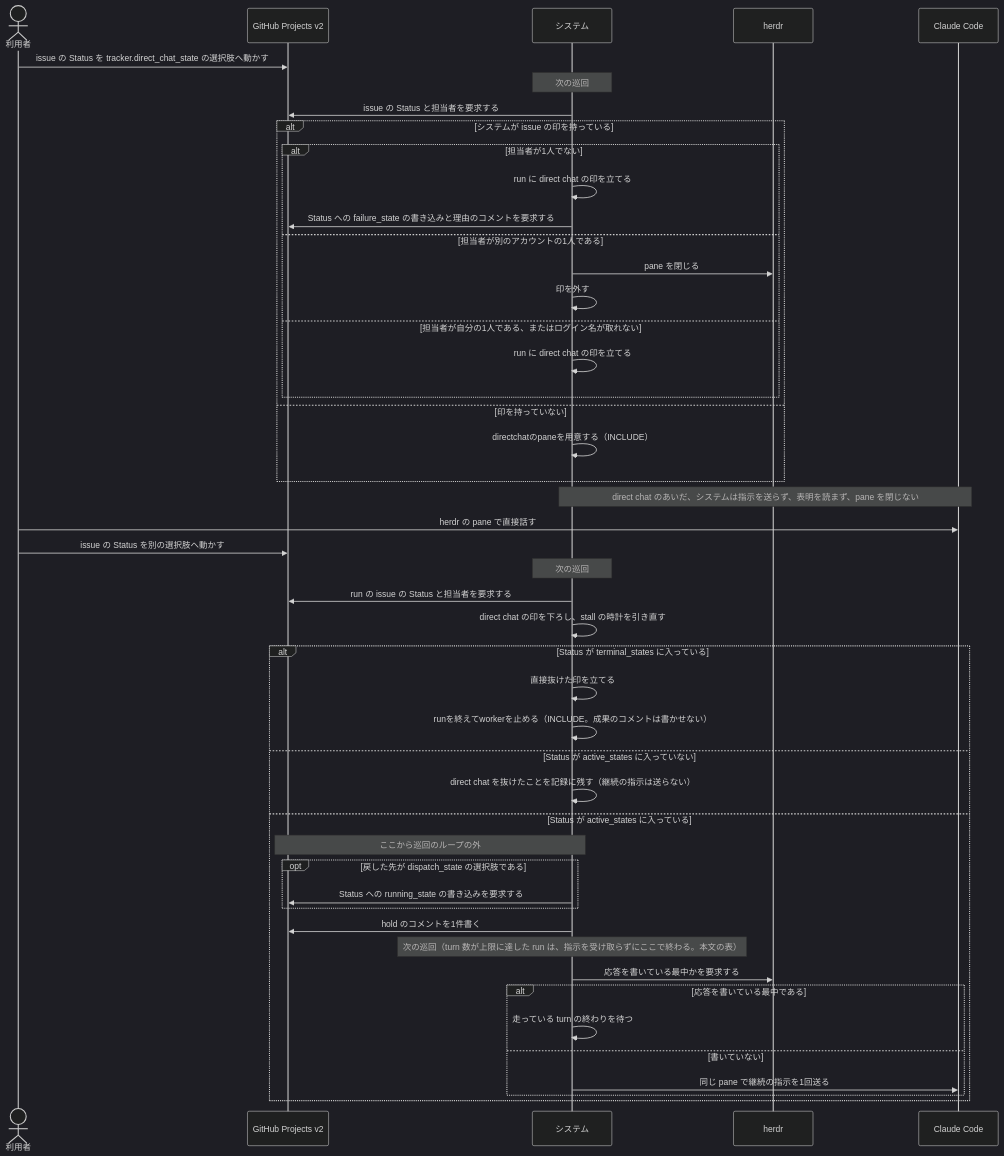
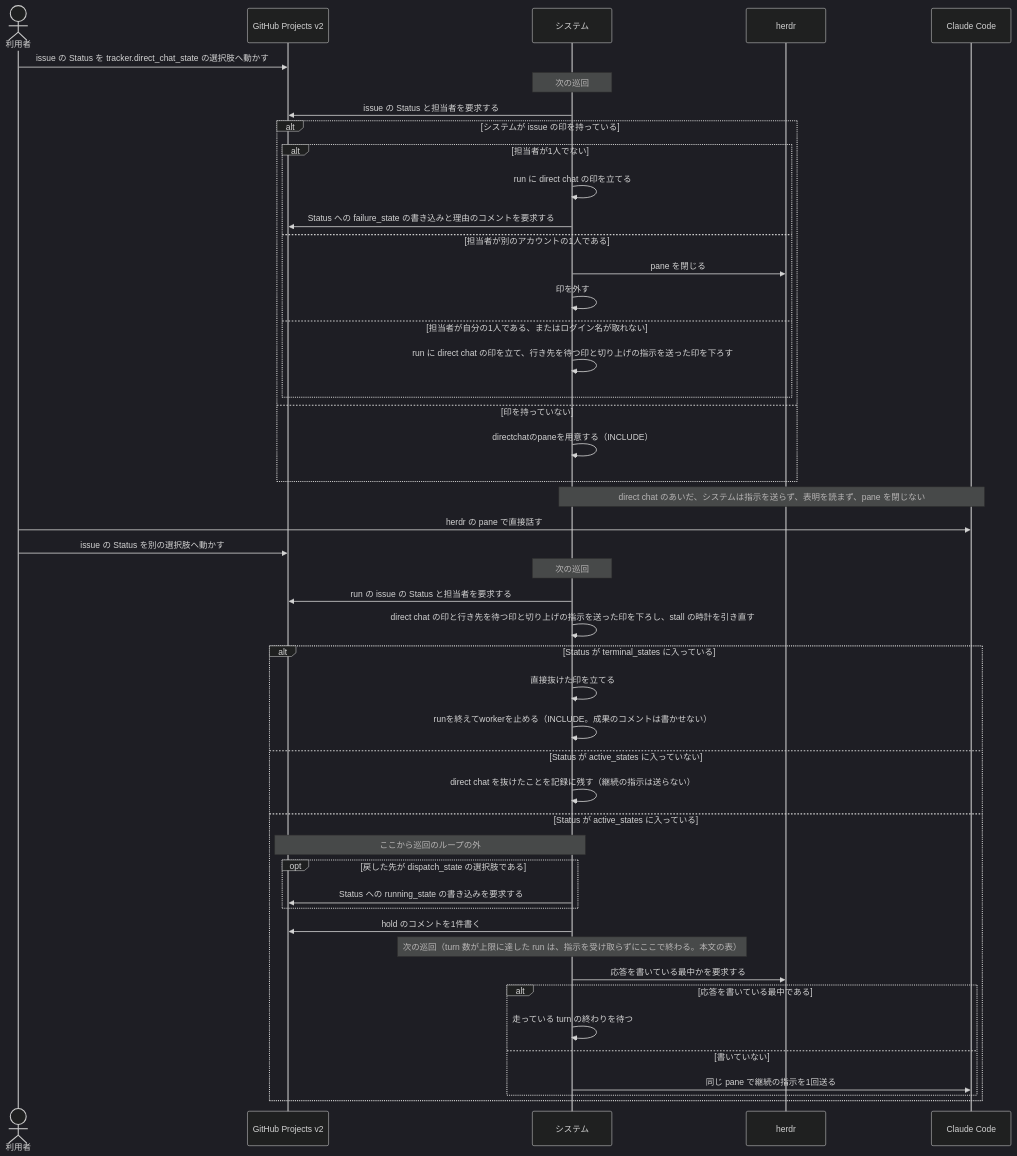
The second of 2 diagrams in docs/spec/usecases/particular_case/人間がpaneに入って直接続ける.rucm.md (maimuzo/continuo), drawn with Mermaid (dark theme) before and after one commit. The commit also changed other lines of this file and 91 other files, not shown here.

````diff
--- a/docs/spec/usecases/particular_case/人間がpaneに入って直接続ける.rucm.md
+++ b/docs/spec/usecases/particular_case/人間がpaneに入って直接続ける.rucm.md
@@ -276,50 +280,50 @@
 ```mermaid
 sequenceDiagram
     actor 利用者
     participant GitHub as GitHub Projects v2
     participant システム
     participant herdr
     participant CC as Claude Code
 
     利用者->>GitHub: issue の Status を tracker.direct_chat_state の選択肢へ動かす
     Note over システム: 次の巡回
     システム->>GitHub: issue の Status と担当者を要求する
     alt システムが issue の印を持っている
         alt 担当者が1人でない
             システム->>システム: run に direct chat の印を立てる
             システム->>GitHub: Status への failure_state の書き込みと理由のコメントを要求する
         else 担当者が別のアカウントの1人である
             システム->>herdr: pane を閉じる
             システム->>システム: 印を外す
         else 担当者が自分の1人である、またはログイン名が取れない
-            システム->>システム: run に direct chat の印を立てる
+            システム->>システム: run に direct chat の印を立て、行き先を待つ印と切り上げの指示を送った印を下ろす
         end
     else 印を持っていない
         システム->>システム: directchatのpaneを用意する（INCLUDE）
     end
     Note over システム,CC: direct chat のあいだ、システムは指示を送らず、表明を読まず、pane を閉じない
     利用者->>CC: herdr の pane で直接話す
     利用者->>GitHub: issue の Status を別の選択肢へ動かす
     Note over システム: 次の巡回
     システム->>GitHub: run の issue の Status と担当者を要求する
-    システム->>システム: direct chat の印を下ろし、stall の時計を引き直す
+    システム->>システム: direct chat の印と行き先を待つ印と切り上げの指示を送った印を下ろし、stall の時計を引き直す
     alt Status が terminal_states に入っている
         システム->>システム: 直接抜けた印を立てる
         システム->>システム: runを終えてworkerを止める（INCLUDE。成果のコメントは書かせない）
     else Status が active_states に入っていない
         システム->>システム: direct chat を抜けたことを記録に残す（継続の指示は送らない）
     else Status が active_states に入っている
         Note over システム,GitHub: ここから巡回のループの外
         opt 戻した先が dispatch_state の選択肢である
             システム->>GitHub: Status への running_state の書き込みを要求する
         end
         システム->>GitHub: hold のコメントを1件書く
         Note over システム: 次の巡回（turn 数が上限に達した run は、指示を受け取らずにここで終わる。本文の表）
         システム->>herdr: 応答を書いている最中かを要求する
         alt 応答を書いている最中である
             システム->>システム: 走っている turn の終わりを待つ
         else 書いていない
             システム->>CC: 同じ pane で継続の指示を1回送る
         end
     end
 ```
````
